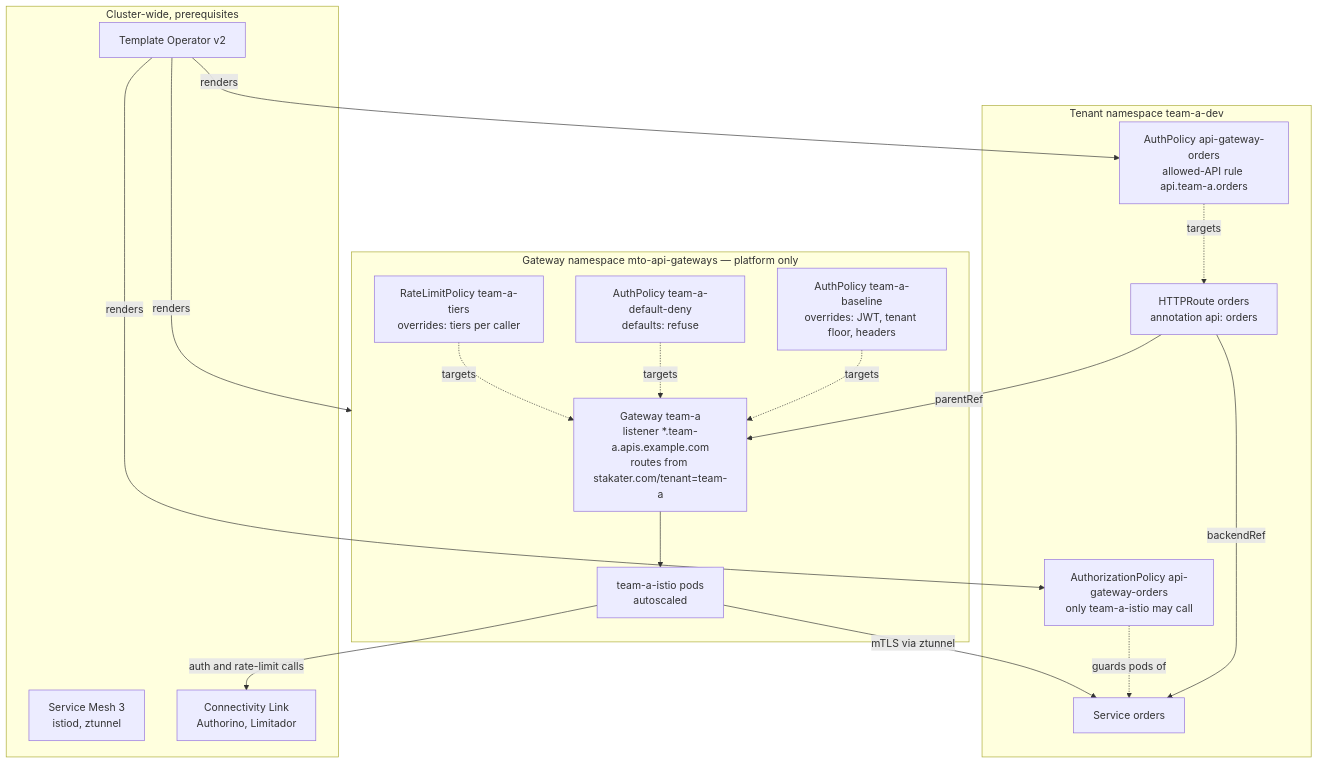
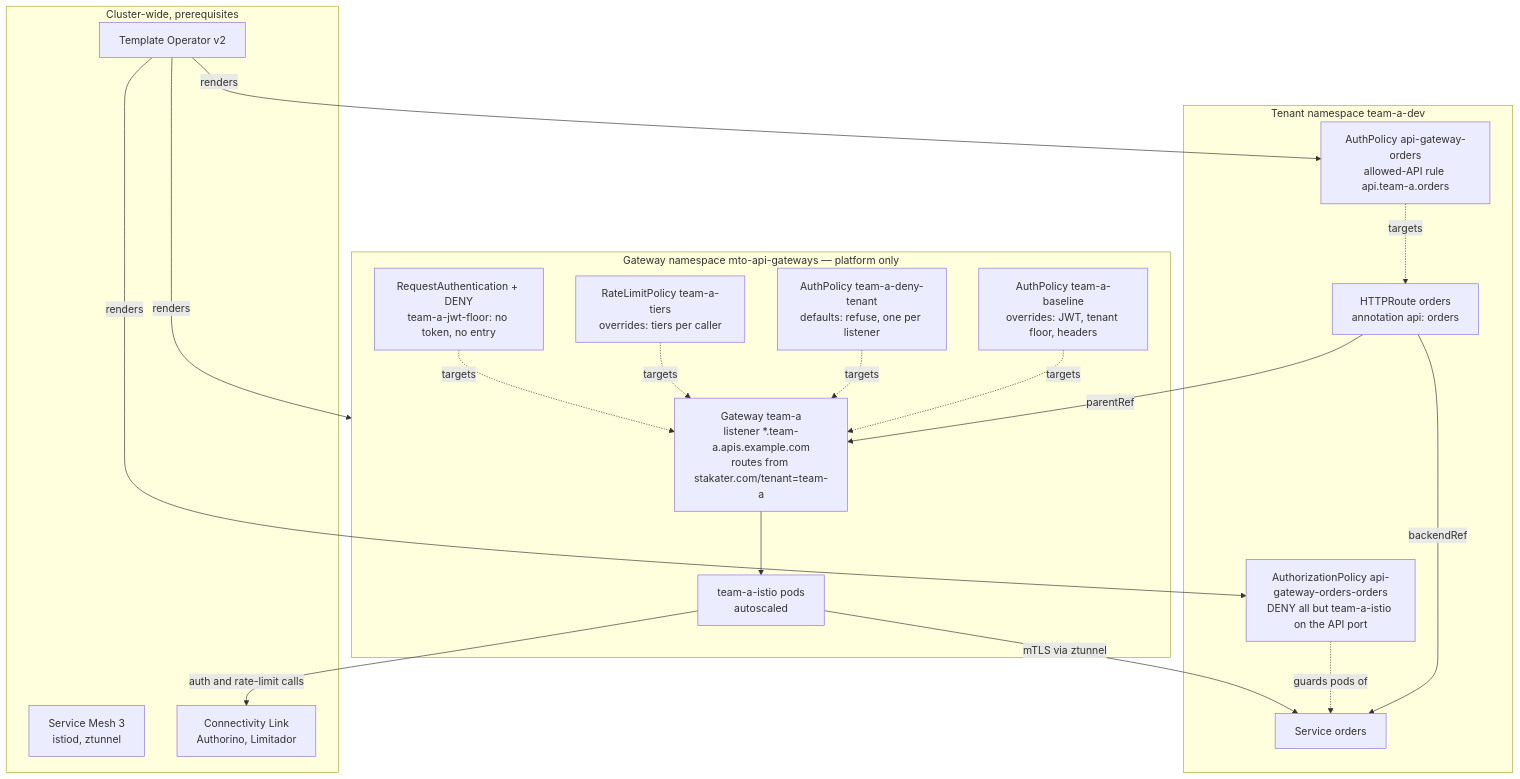
One commit to stakater/mto-extension-api-gateway changed the second of 6 diagrams in docs/diagrams.md. Above: the diagram before and after it, drawn with Mermaid. The commit also changed other lines of this file and 13 other files, not shown here.

Commit message:
Review fixes: DENY backend lock, fixed baseline condition and issuer, token floor, deny per listener, fail closed

````diff
--- a/docs/diagrams.md
+++ b/docs/diagrams.md
@@ -29,34 +29,36 @@
 ```mermaid
 flowchart TB
   subgraph platformns[Gateway namespace mto-api-gateways — platform only]
     gwA[Gateway team-a<br/>listener *.team-a.apis.example.com<br/>routes from stakater.com/tenant=team-a]
     podsA[team-a-istio pods<br/>autoscaled]
     baseA[AuthPolicy team-a-baseline<br/>overrides: JWT, tenant floor, headers]
-    denyA[AuthPolicy team-a-default-deny<br/>defaults: refuse]
+    denyA[AuthPolicy team-a-deny-tenant<br/>defaults: refuse, one per listener]
+    floorA[RequestAuthentication + DENY<br/>team-a-jwt-floor: no token, no entry]
     rlA[RateLimitPolicy team-a-tiers<br/>overrides: tiers per caller]
     gwA --> podsA
     baseA -.->|targets| gwA
     denyA -.->|targets| gwA
     rlA -.->|targets| gwA
+    floorA -.->|targets| gwA
   end
   subgraph tenantns[Tenant namespace team-a-dev]
     route[HTTPRoute orders<br/>annotation api: orders]
     apA[AuthPolicy api-gateway-orders<br/>allowed-API rule api.team-a.orders]
-    lock[AuthorizationPolicy api-gateway-orders<br/>only team-a-istio may call]
+    lock[AuthorizationPolicy api-gateway-orders-orders<br/>DENY all but team-a-istio on the API port]
     svc[Service orders]
     route -->|parentRef| gwA
     route -->|backendRef| svc
     apA -.->|targets| route
     lock -.->|guards pods of| svc
   end
   subgraph shared[Cluster-wide, prerequisites]
     mesh[Service Mesh 3<br/>istiod, ztunnel]
     cl[Connectivity Link<br/>Authorino, Limitador]
     top[Template Operator v2]
   end
   top -->|renders| platformns
   top -->|renders| apA
   top -->|renders| lock
   podsA -->|mTLS via ztunnel| svc
   podsA -->|auth and rate-limit calls| cl
 ```
````
